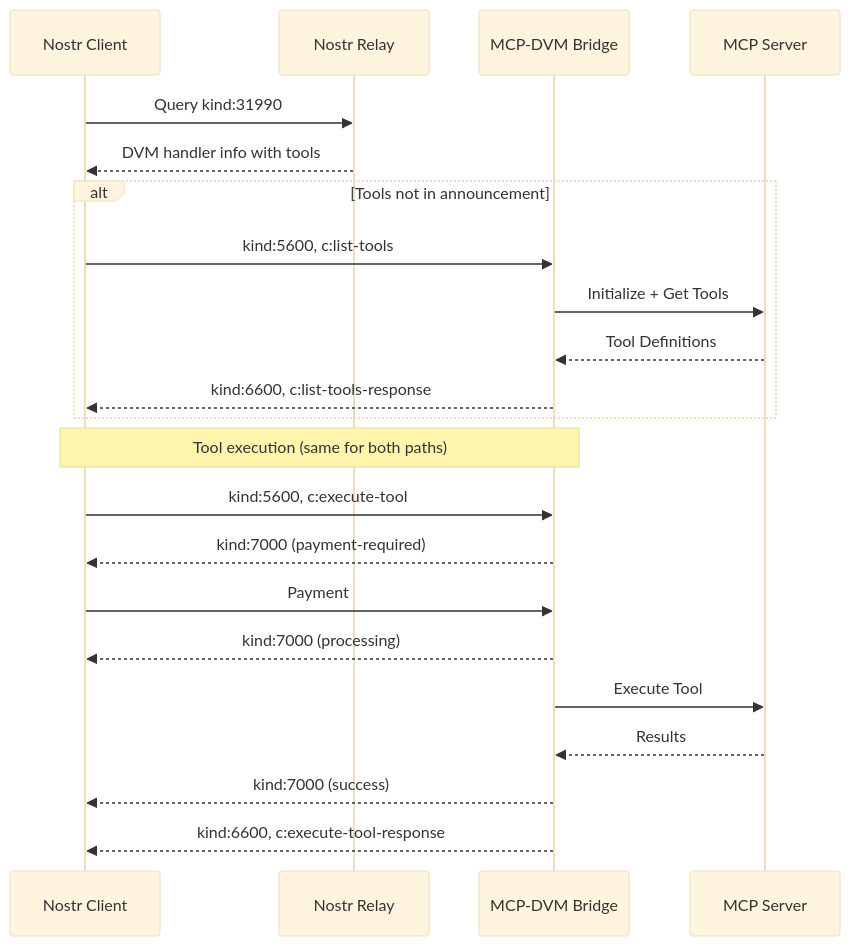
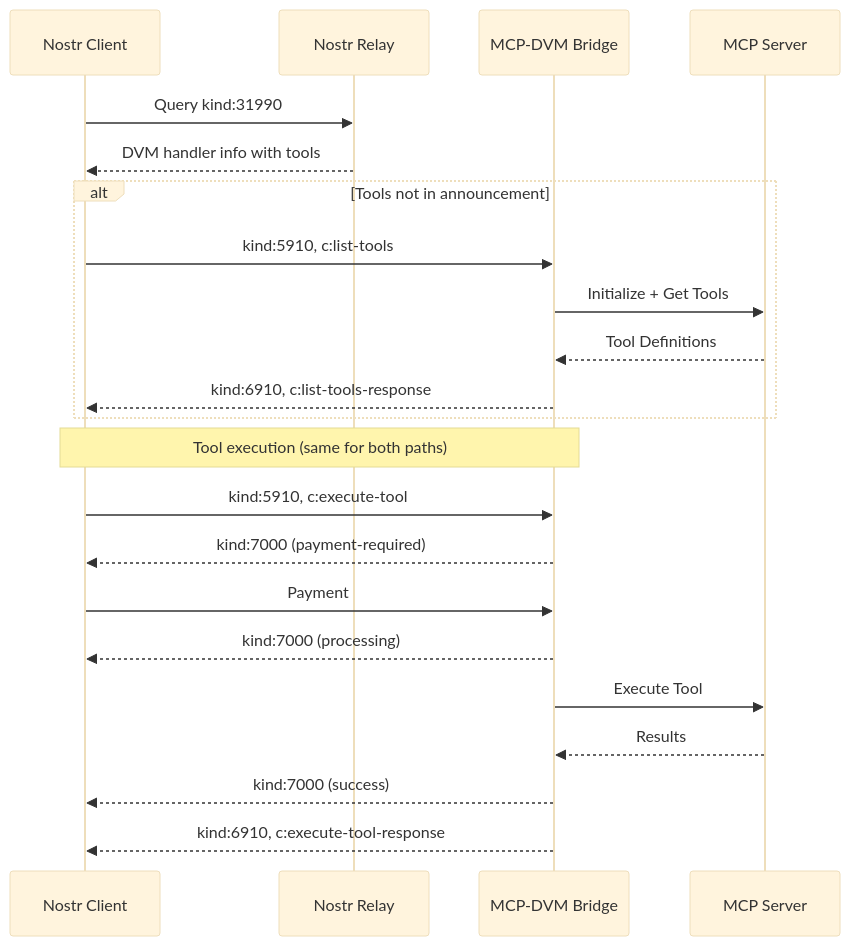
Before and after one commit to gzuuus/dvmcp: the diagram in docs/dvmcp-spec.md, drawn with Mermaid (base theme). The commit also changed other lines of this file and 4 other files, not shown here.

````diff
--- a/docs/dvmcp-spec.md
+++ b/docs/dvmcp-spec.md
@@ -349,27 +349,27 @@
 ```mermaid
 sequenceDiagram
     participant Client as Nostr Client
     participant Relay as Nostr Relay
     participant DVM as MCP-DVM Bridge
     participant Server as MCP Server
 
     Client->>Relay: Query kind:31990
     Relay-->>Client: DVM handler info with tools
 
     alt Tools not in announcement
-        Client->>DVM: kind:5600, c:list-tools
+        Client->>DVM: kind:5910, c:list-tools
         DVM->>Server: Initialize + Get Tools
         Server-->>DVM: Tool Definitions
-        DVM-->>Client: kind:6600, c:list-tools-response
+        DVM-->>Client: kind:6910, c:list-tools-response
     end
 
     Note over Client,DVM: Tool execution (same for both paths)
-    Client->>DVM: kind:5600, c:execute-tool
+    Client->>DVM: kind:5910, c:execute-tool
     DVM-->>Client: kind:7000 (payment-required)
     Client->>DVM: Payment
     DVM-->>Client: kind:7000 (processing)
     DVM->>Server: Execute Tool
     Server-->>DVM: Results
     DVM-->>Client: kind:7000 (success)
-    DVM-->>Client: kind:6600, c:execute-tool-response
+    DVM-->>Client: kind:6910, c:execute-tool-response
 ```
````
